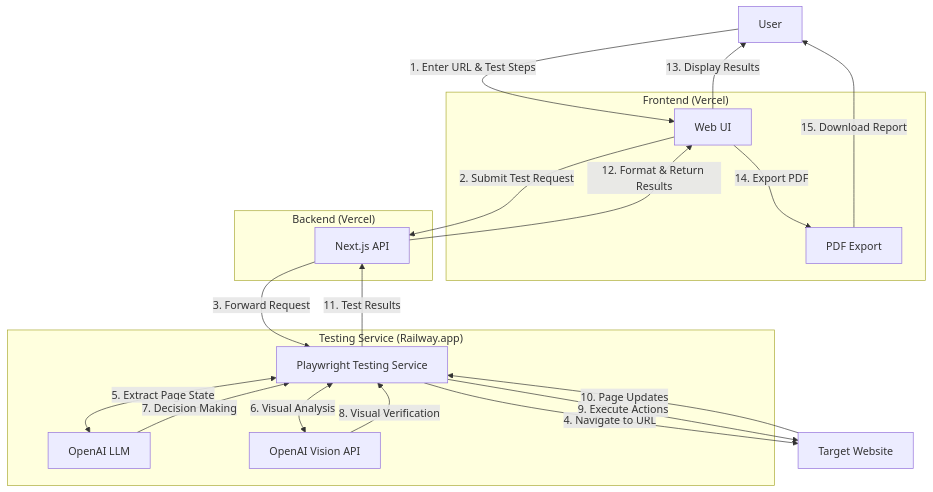
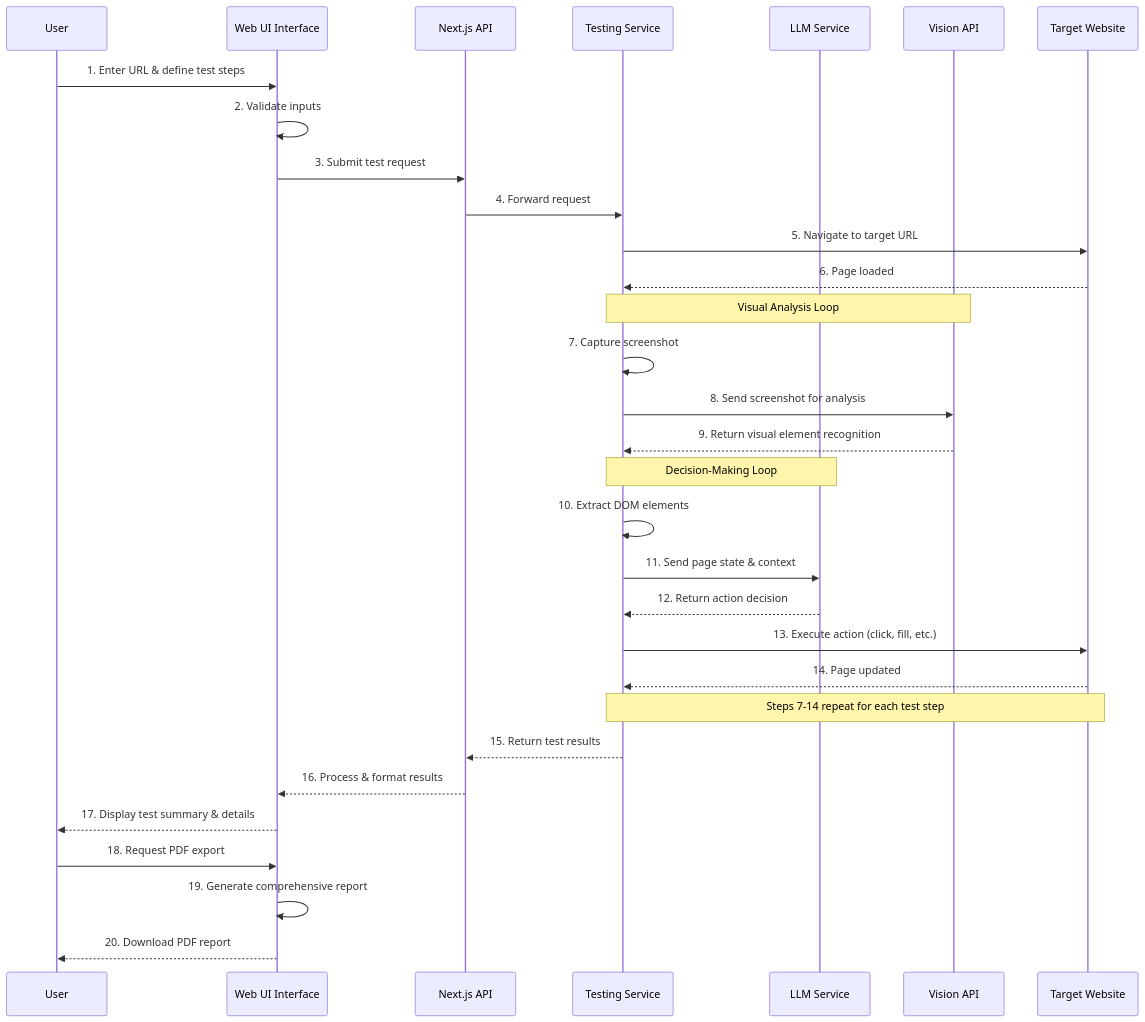
The diagram in README.md (sanchitmonga22/qa-example-agent), drawn with Mermaid before and after one commit.

Commit message:
updating diagram

````diff
--- a/README.md
+++ b/README.md
@@ -20,37 +20,41 @@
 ```mermaid
-graph TD
-    User[User] --> |1. Enter URL & Test Steps| UI[Web UI]
-    UI --> |2. Submit Test Request| API[Next.js API]
-    API --> |3. Forward Request| TestService[Playwright Testing Service]
-    TestService --> |4. Navigate to URL| Website[Target Website]
+sequenceDiagram
+    participant User
+    participant UI as Web UI Interface
+    participant API as Next.js API
+    participant Test as Testing Service
+    participant LLM as LLM Service
+    participant Vision as Vision API
+    participant Web as Target Website
     
-    TestService <--> |5. Extract Page State| LLM[OpenAI LLM]
-    TestService <--> |6. Visual Analysis| Vision[OpenAI Vision API]
-    LLM --> |7. Decision Making| TestService
-    Vision --> |8. Visual Verification| TestService
+    User->>UI: 1. Enter URL & define test steps
+    UI->>UI: 2. Validate inputs
+    UI->>API: 3. Submit test request
+    API->>Test: 4. Forward request
     
-    TestService --> |9. Execute Actions| Website
-    Website --> |10. Page Updates| TestService
+    Test->>Web: 5. Navigate to target URL
+    Web-->>Test: 6. Page loaded
     
-    TestService --> |11. Test Results| API
-    API --> |12. Format & Return Results| UI
-    UI --> |13. Display Results| User
+    Note over Test,Vision: Visual Analysis Loop
+    Test->>Test: 7. Capture screenshot
+    Test->>Vision: 8. Send screenshot for analysis
+    Vision-->>Test: 9. Return visual element recognition
     
-    UI --> |14. Export PDF| PDFExport[PDF Export]
-    PDFExport --> |15. Download Report| User
+    Note over Test,LLM: Decision-Making Loop
+    Test->>Test: 10. Extract DOM elements
+    Test->>LLM: 11. Send page state & context
+    LLM-->>Test: 12. Return action decision
     
-    subgraph "Frontend (Vercel)"
-        UI
-        PDFExport
-    end
+    Test->>Web: 13. Execute action (click, fill, etc.)
+    Web-->>Test: 14. Page updated
     
-    subgraph "Backend (Vercel)"
-        API
-    end
+    Note over Test,Web: Steps 7-14 repeat for each test step
     
-    subgraph "Testing Service (Railway.app)"
-        TestService
-        LLM
-        Vision
-    end
+    Test-->>API: 15. Return test results
+    API-->>UI: 16. Process & format results
+    UI-->>User: 17. Display test summary & details
+    
+    User->>UI: 18. Request PDF export
+    UI->>UI: 19. Generate comprehensive report
+    UI-->>User: 20. Download PDF report
 ```
````
